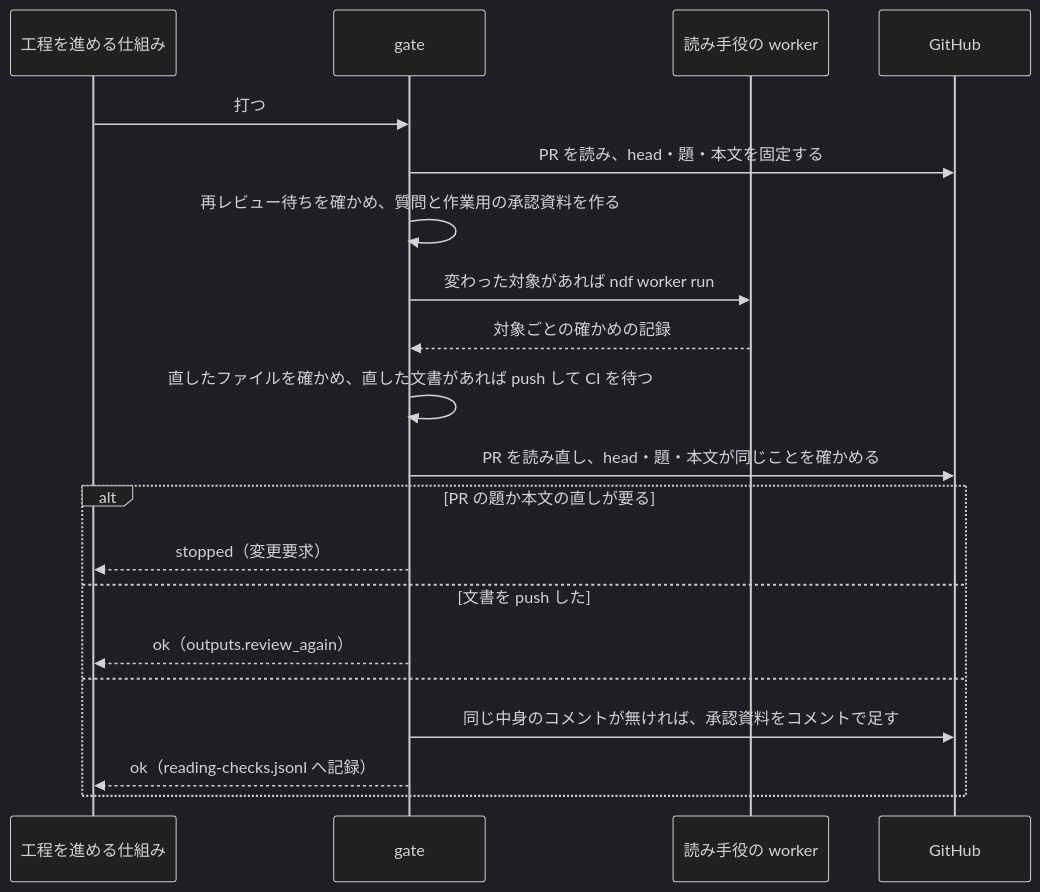
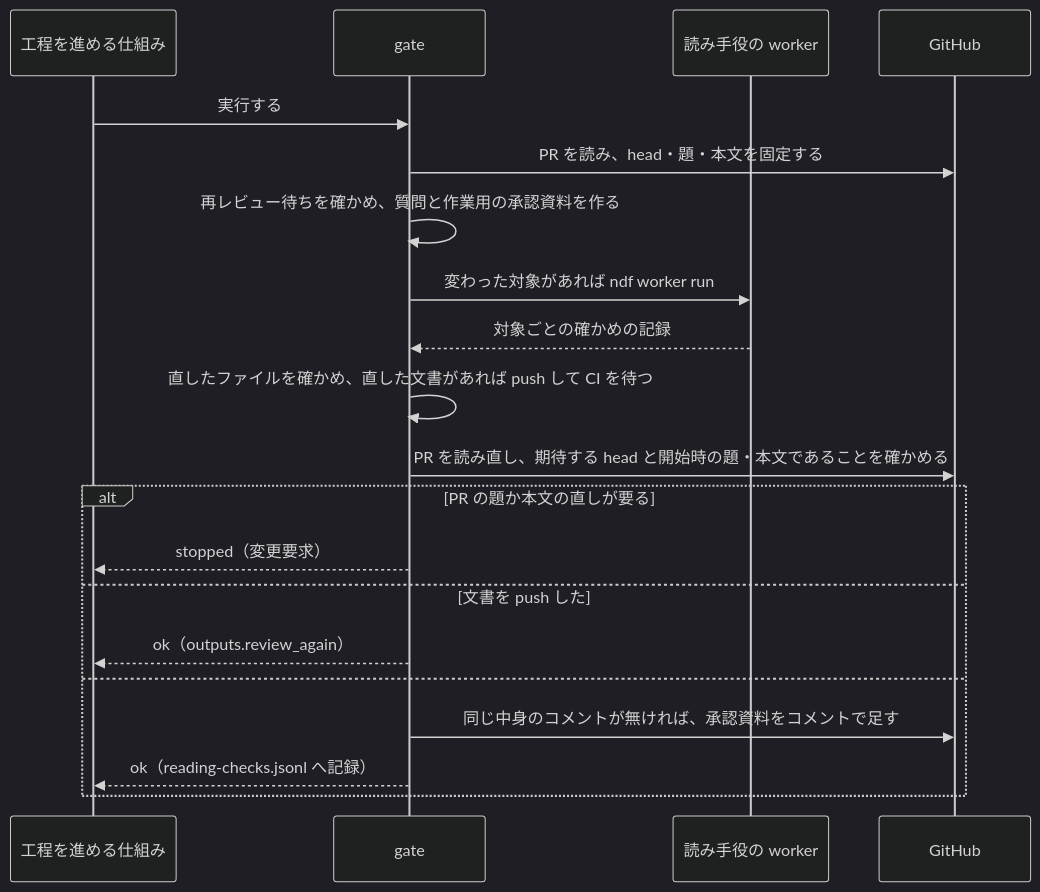
One commit to devbasex/ai-plugins changed the diagram in docs/specifications/ndf-reading-check-before-approval-gate.md. Above: the diagram before and after it, drawn with Mermaid (dark theme). The commit also changed other lines of this file, not shown here.

````diff
--- a/docs/specifications/ndf-reading-check-before-approval-gate.md
+++ b/docs/specifications/ndf-reading-check-before-approval-gate.md
@@ -119,22 +125,22 @@
 ```mermaid
 sequenceDiagram
   participant P as 工程を進める仕組み
   participant G as gate
   participant W as 読み手役の worker
   participant H as GitHub
-  P->>G: 打つ
+  P->>G: 実行する
   G->>H: PR を読み、head・題・本文を固定する
   G->>G: 再レビュー待ちを確かめ、質問と作業用の承認資料を作る
   G->>W: 変わった対象があれば ndf worker run
   W-->>G: 対象ごとの確かめの記録
   G->>G: 直したファイルを確かめ、直した文書があれば push して CI を待つ
-  G->>H: PR を読み直し、head・題・本文が同じことを確かめる
+  G->>H: PR を読み直し、期待する head と開始時の題・本文であることを確かめる
   alt PR の題か本文の直しが要る
     G-->>P: stopped（変更要求）
   else 文書を push した
     G-->>P: ok（outputs.review_again）
   else
     G->>H: 同じ中身のコメントが無ければ、承認資料をコメントで足す
     G-->>P: ok（reading-checks.jsonl へ記録）
   end
 ```
````
